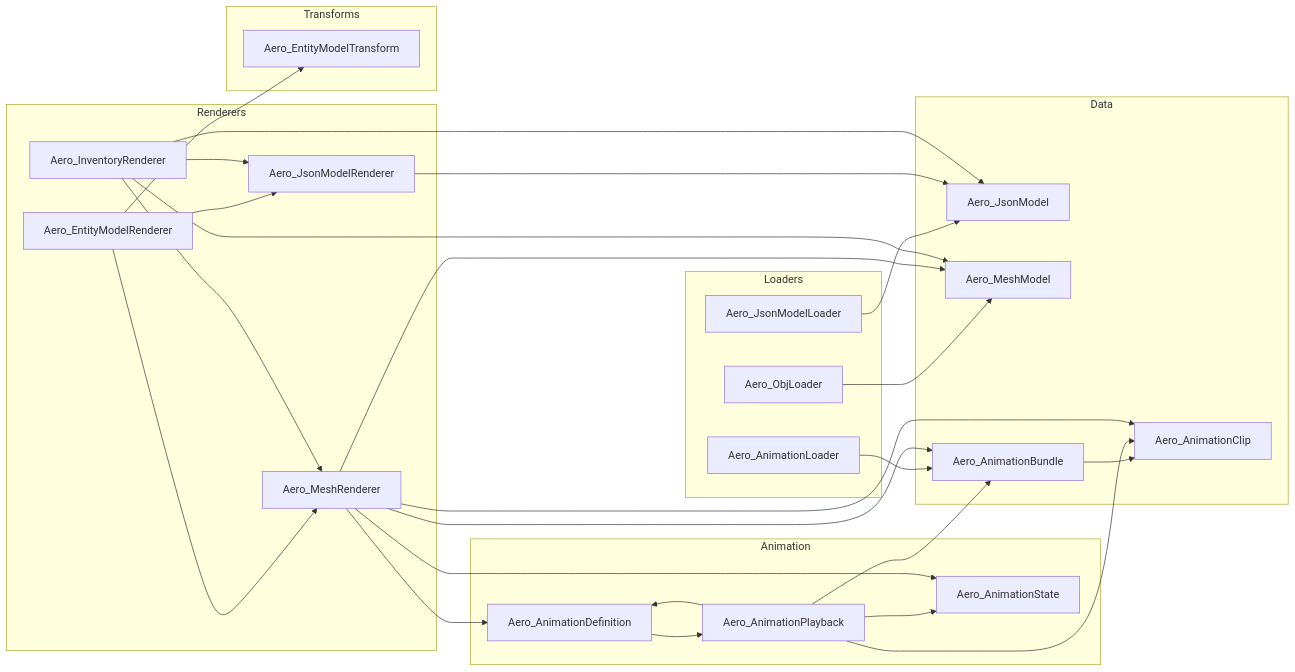
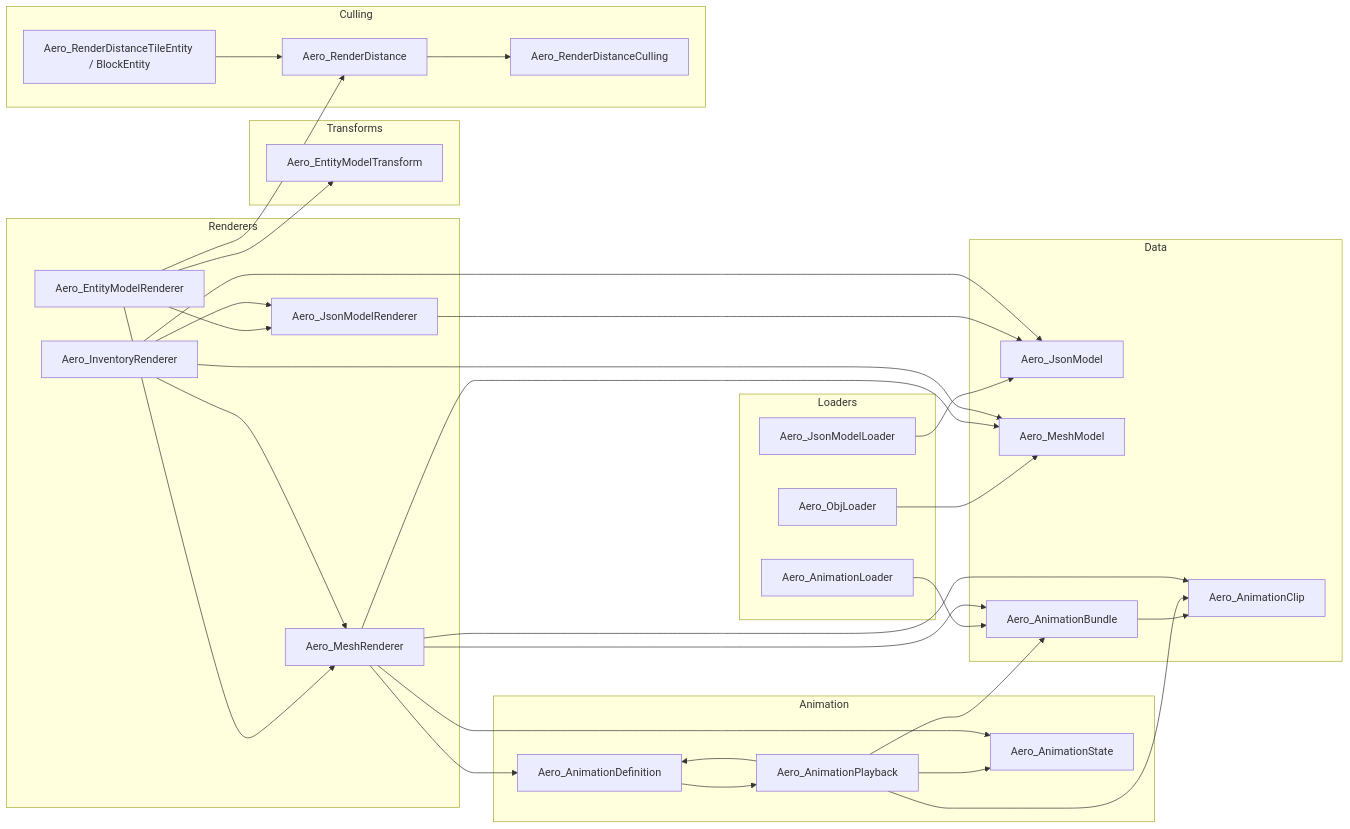
One commit to lucasrgt/aero-model-lib changed the seventh of 7 diagrams in DOC.md. Above: the diagram before and after it, drawn with Mermaid. The commit also changed other lines of this file and 38 other files, not shown here.

Commit message:
feat: cap render distance culling

````diff
--- a/DOC.md
+++ b/DOC.md
@@ -1633,57 +1740,66 @@
 ```mermaid
 graph LR
     subgraph Loaders
         ML[Aero_JsonModelLoader]
         OL[Aero_ObjLoader]
         AL[Aero_AnimationLoader]
     end
 
     subgraph Data
         M[Aero_JsonModel]
         MM[Aero_MeshModel]
         AB[Aero_AnimationBundle]
         AC[Aero_AnimationClip]
     end
 
     subgraph Animation
         AD[Aero_AnimationDefinition]
         AP[Aero_AnimationPlayback]
         AS[Aero_AnimationState]
     end
 
     subgraph Renderers
         MR[Aero_JsonModelRenderer]
         MSR[Aero_MeshRenderer]
         ER[Aero_EntityModelRenderer]
         IR[Aero_InventoryRenderer]
     end
 
     subgraph Transforms
         ET[Aero_EntityModelTransform]
     end
 
+    subgraph Culling
+        RD[Aero_RenderDistance]
+        RDC[Aero_RenderDistanceCulling]
+        RDBE[Aero_RenderDistanceTileEntity / BlockEntity]
+    end
+
     ML --> M
     OL --> MM
     AL --> AB
     AB --> AC
 
     AD --> AP
     AP --> AB
     AP --> AD
     AP --> AC
     AP --> AS
 
     MR --> M
     MSR --> MM
     MSR --> AB
     MSR --> AD
     MSR --> AS
     MSR --> AC
     ER --> MR
     ER --> MSR
     ER --> ET
+    ER --> RD
+    RD --> RDC
+    RDBE --> RD
     IR --> M
     IR --> MM
     IR --> MR
     IR --> MSR
 ```
````
